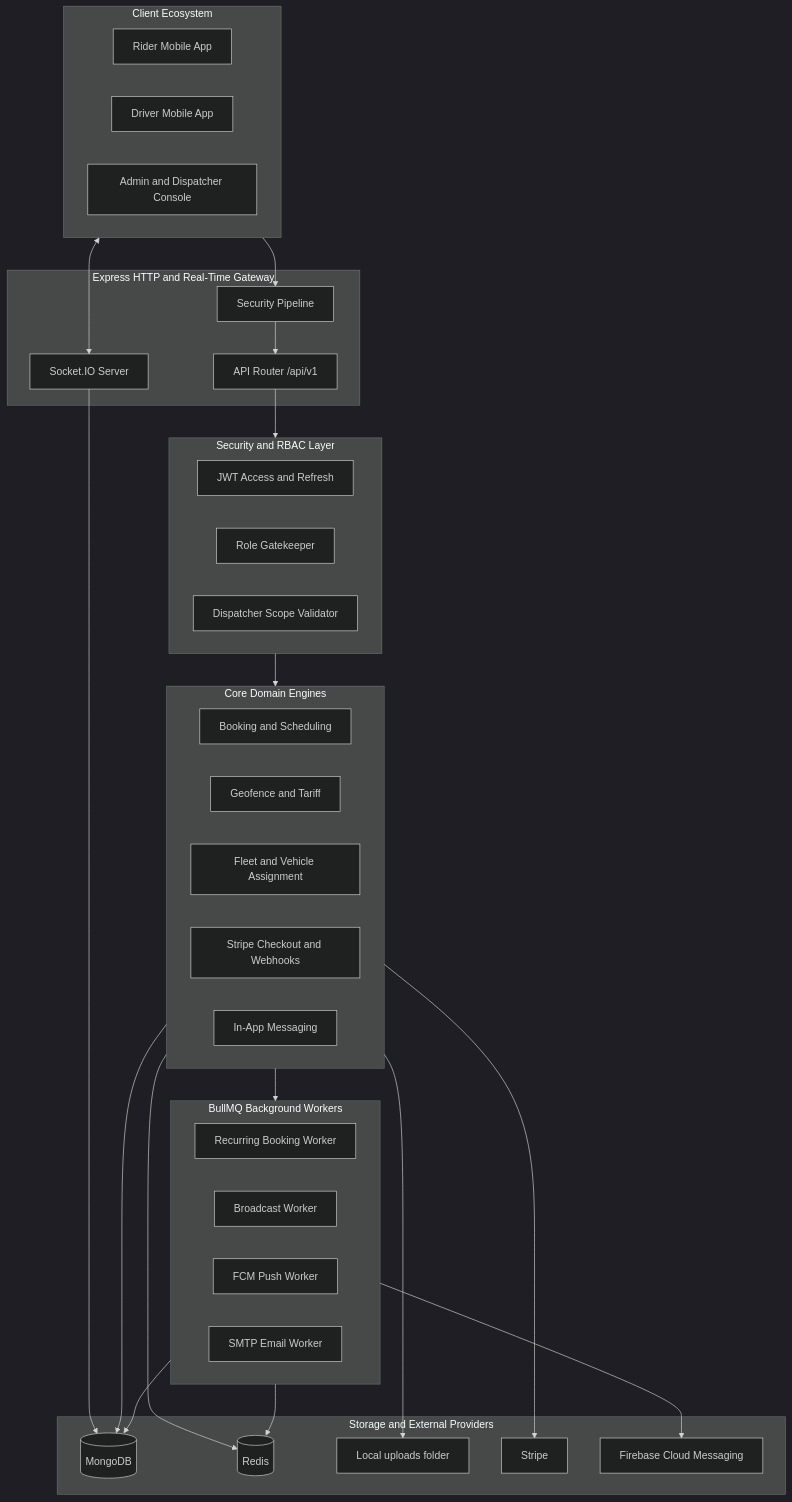
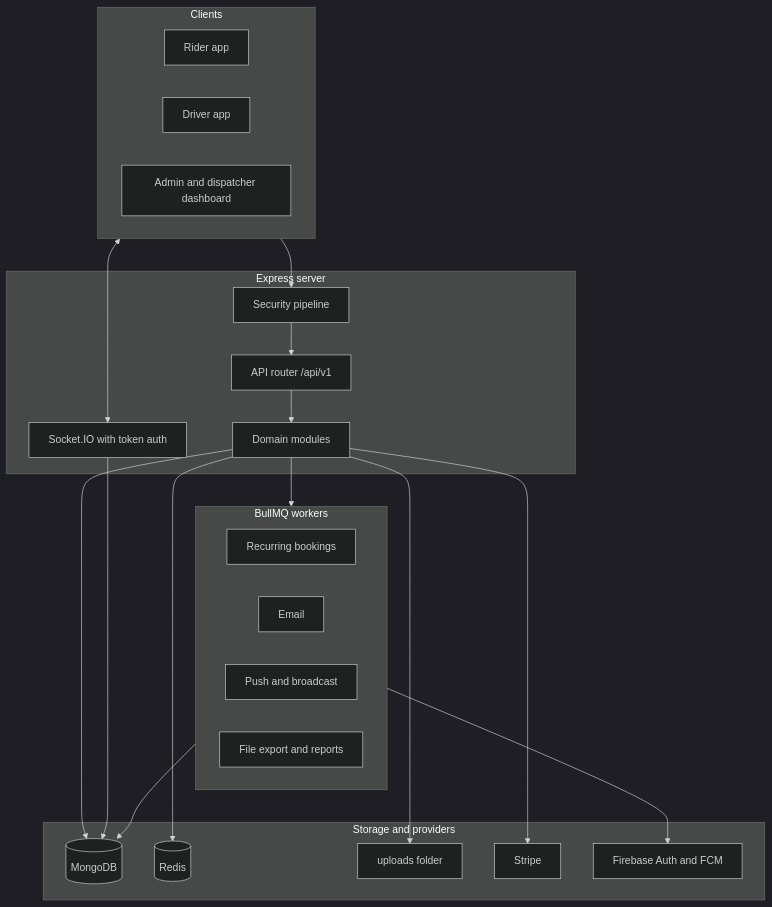
One commit to iamRazzakk/loggistick_server changed the first of 5 diagrams in README.md. Above: the diagram before and after it, drawn with Mermaid (dark theme). The commit also changed other lines of this file and 7 other files, not shown here.

````diff
--- a/README.md
+++ b/README.md
@@ -50,58 +62,41 @@
 ```mermaid
 flowchart TB
-    subgraph Clients["Client Ecosystem"]
-        RiderApp["Rider Mobile App"]
-        DriverApp["Driver Mobile App"]
-        AdminWeb["Admin and Dispatcher Console"]
+    subgraph Clients["Clients"]
+        Rider["Rider app"]
+        Driver["Driver app"]
+        Admin["Admin and dispatcher dashboard"]
     end
 
-    subgraph Gateway["Express HTTP and Real-Time Gateway"]
-        SecurityMW["Security Pipeline"]
-        APIRouter["API Router /api/v1"]
-        SocketGateway["Socket.IO Server"]
+    subgraph Server["Express server"]
+        Pipeline["Security pipeline"]
+        Router["API router /api/v1"]
+        Socket["Socket.IO with token auth"]
+        Modules["Domain modules"]
     end
 
-    subgraph AuthEngine["Security and RBAC Layer"]
-        JWTModule["JWT Access and Refresh"]
-        RoleGuard["Role Gatekeeper"]
-        ScopeGuard["Dispatcher Scope Validator"]
+    subgraph Workers["BullMQ workers"]
+        W1["Recurring bookings"]
+        W2["Email"]
+        W3["Push and broadcast"]
+        W4["File export and reports"]
     end
 
-    subgraph DomainEngines["Core Domain Engines"]
-        BookingEngine["Booking and Scheduling"]
-        TariffEngine["Geofence and Tariff"]
-        FleetEngine["Fleet and Vehicle Assignment"]
-        PaymentEngine["Stripe Checkout and Webhooks"]
-        ChatEngine["In-App Messaging"]
+    subgraph Storage["Storage and providers"]
+        Mongo[("MongoDB")]
+        Redis[("Redis")]
+        Disk["uploads folder"]
+        Stripe["Stripe"]
+        Firebase["Firebase Auth and FCM"]
     end
 
-    subgraph AsyncWorkers["BullMQ Background Workers"]
-        BookingWorker["Recurring Booking Worker"]
-        NotificationWorker["Broadcast Worker"]
-        PushWorker["FCM Push Worker"]
-        EmailWorker["SMTP Email Worker"]
-    end
-
-    subgraph Persistence["Storage and External Providers"]
-        MongoDB[("MongoDB")]
-        RedisStore[("Redis")]
-        LocalStorage["Local uploads folder"]
-        StripeAPI["Stripe"]
-        FirebaseCloud["Firebase Cloud Messaging"]
-    end
-
-    Clients --> SecurityMW
-    SecurityMW --> APIRouter
-    Clients <--> SocketGateway
-    APIRouter --> AuthEngine
-    AuthEngine --> DomainEngines
-    DomainEngines --> MongoDB
-    DomainEngines --> RedisStore
-    DomainEngines --> LocalStorage
-    DomainEngines --> StripeAPI
-    DomainEngines --> AsyncWorkers
-    SocketGateway --> MongoDB
-    AsyncWorkers --> MongoDB
-    AsyncWorkers --> FirebaseCloud
-    AsyncWorkers --> RedisStore
+    Clients --> Pipeline --> Router --> Modules
+    Clients <--> Socket
+    Modules --> Mongo
+    Modules --> Redis
+    Modules --> Disk
+    Modules --> Stripe
+    Modules --> Workers
+    Workers --> Mongo
+    Workers --> Firebase
+    Socket --> Mongo
 ```
````
